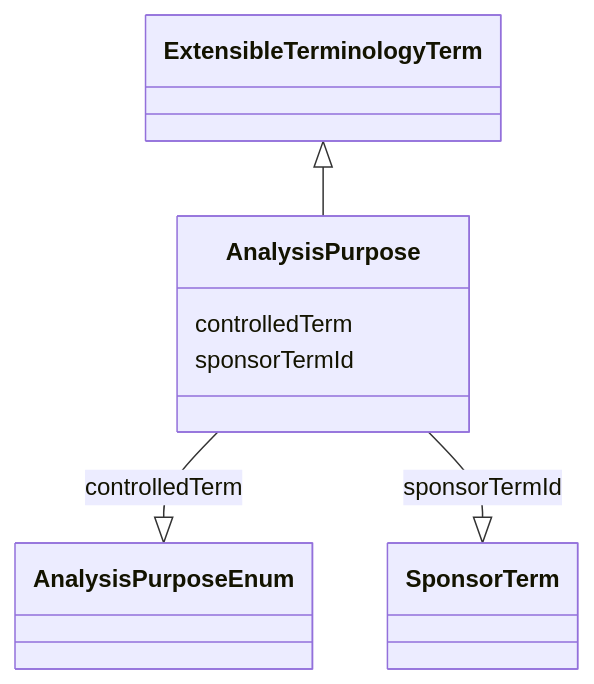
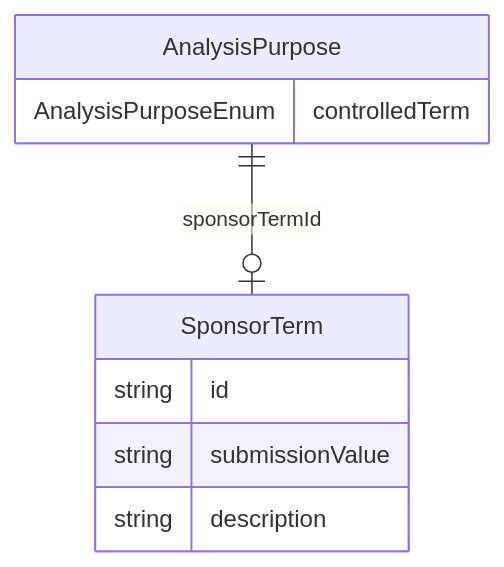
Before and after one commit to cdisc-org/analysis-results-standard: the diagram in project/docs/AnalysisPurpose.md, drawn with Mermaid. The commit also changed 131 other files, not shown here.

Commit message:
Add top-level diagram to documentation

````diff
--- a/project/docs/AnalysisPurpose.md
+++ b/project/docs/AnalysisPurpose.md
@@ -14,15 +13,14 @@
 ```mermaid
- classDiagram
-    class AnalysisPurpose
-      ExtensibleTerminologyTerm <|-- AnalysisPurpose
-      
-      AnalysisPurpose : controlledTerm
-        
-          AnalysisPurpose --|> AnalysisPurposeEnum : controlledTerm
-        
-      AnalysisPurpose : sponsorTermId
-        
-          AnalysisPurpose --|> SponsorTerm : sponsorTermId
-        
-      
+erDiagram
+AnalysisPurpose {
+    AnalysisPurposeEnum controlledTerm  
+}
+SponsorTerm {
+    string id  
+    string submissionValue  
+    string description  
+}
+
+AnalysisPurpose ||--|o SponsorTerm : "sponsorTermId"
+
 ```
````
